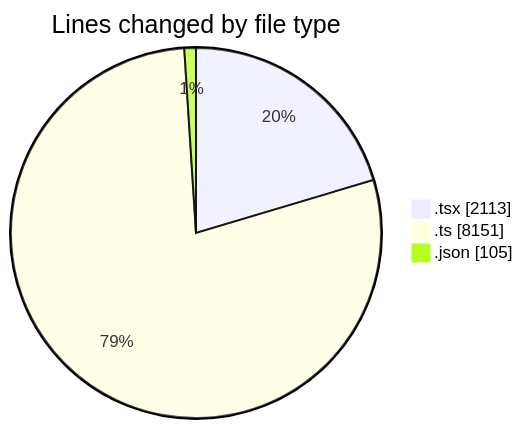
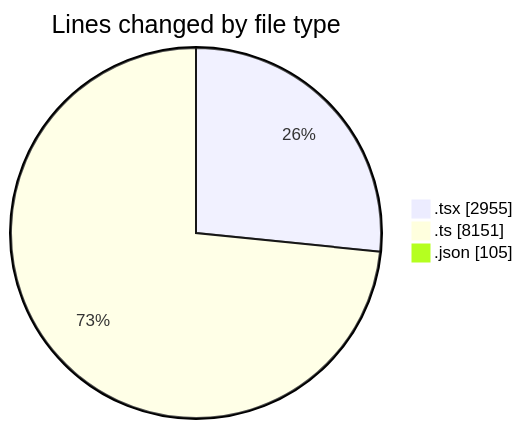
The first of 2 diagrams in 2025-07-09/cda/README.md (momahboobian/code-tracking), drawn with Mermaid before and after one commit. The commit also changed other lines of this file and 1 other file, not shown here.

````diff
--- a/2025-07-09/cda/README.md
+++ b/2025-07-09/cda/README.md
@@ -29,7 +32,7 @@
 ```mermaid
 pie showData
 title Lines changed by file type
-".tsx" : 2113
+".tsx" : 2955
 ".ts" : 8151
 ".json" : 105
 ```
````
